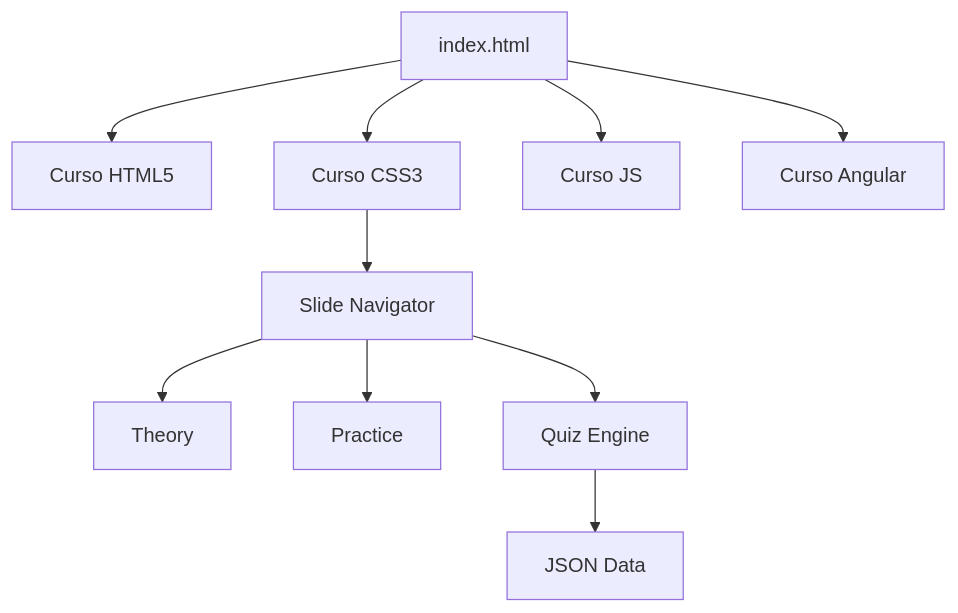
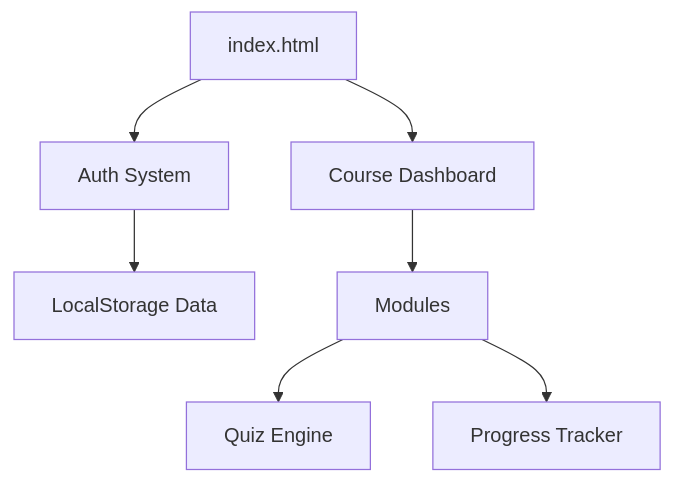
One commit to smpsandro1239/Cursos_web_Developer changed the diagram in README.md. Above: the diagram before and after it, drawn with Mermaid. The commit also changed other lines of this file and 10 other files, not shown here.

````diff
--- a/README.md
+++ b/README.md
@@ -39,14 +41,9 @@
 ```mermaid
 graph TD
-    A[index.html] --> B[Curso HTML5]
-    A --> C[Curso CSS3]
-    A --> D[Curso JS]
-    A --> E[Curso Angular]
-
-    C --> F[Slide Navigator]
-    F --> G[Theory]
-    F --> H[Practice]
-    F --> I[Quiz Engine]
-
-    I --> J[JSON Data]
+    A[index.html] --> B[Auth System]
+    A --> C[Course Dashboard]
+    B --> D[LocalStorage Data]
+    C --> E[Modules]
+    E --> F[Quiz Engine]
+    E --> G[Progress Tracker]
 ```
````
